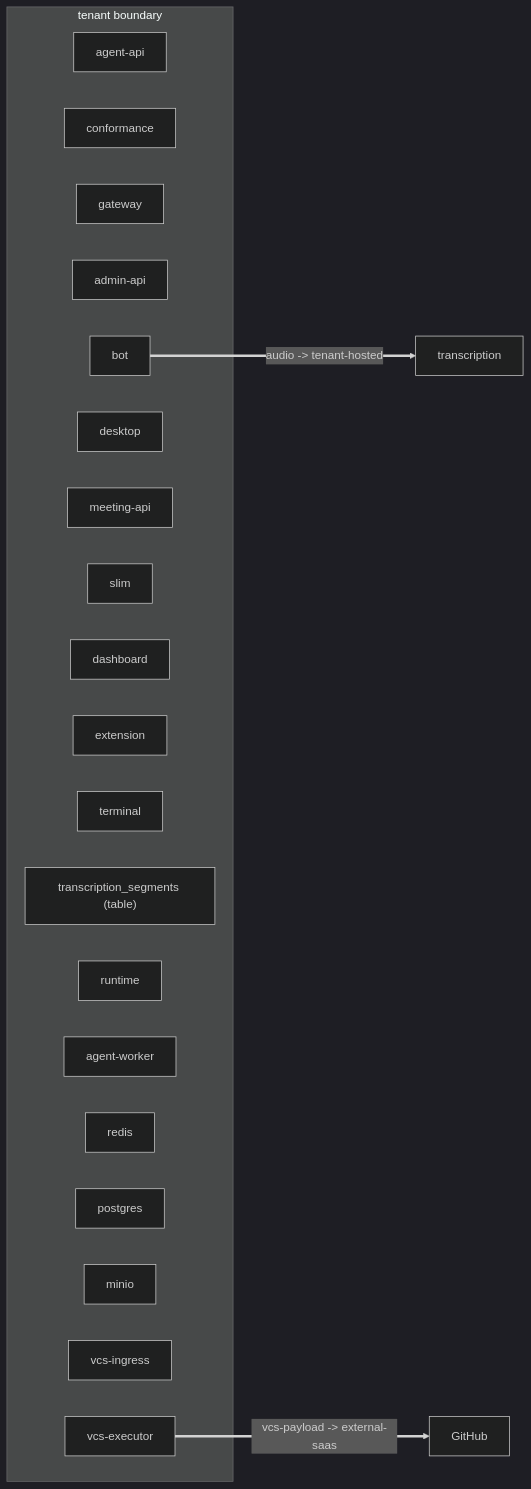
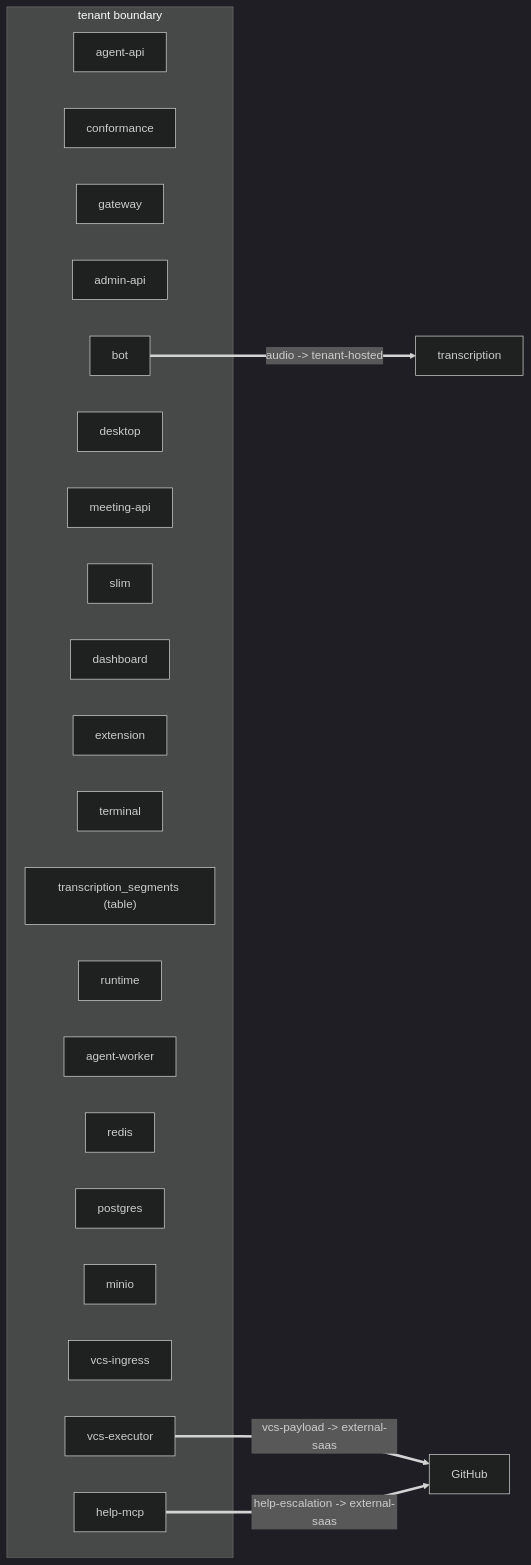
Before and after one commit to DmitriyG228/vexa: the diagram in docs/views/egress.mmd, drawn with Mermaid (dark theme). The commit also changed 36 other files, not shown here.

```diff
--- a/docs/views/egress.mmd
+++ b/docs/views/egress.mmd
@@ -1,27 +1,30 @@
 %% GENERATED — pnpm arch:dsl --write
 flowchart LR
   subgraph tenant["tenant boundary"]
     agent_api["agent-api"]
     conformance["conformance"]
     gateway["gateway"]
     admin_api["admin-api"]
     bot["bot"]
     desktop["desktop"]
     meeting_api["meeting-api"]
     slim["slim"]
     dashboard["dashboard"]
     extension["extension"]
     terminal["terminal"]
     segments_table["transcription_segments (table)"]
     runtime["runtime"]
     agent_worker["agent-worker"]
     redis["redis"]
     postgres["postgres"]
     minio["minio"]
     vcs_ingress["vcs-ingress"]
     vcs_executor["vcs-executor"]
+    help_mcp["help-mcp"]
   end
   transcription["transcription"]
   bot ==>|"audio -> tenant-hosted"| transcription
   github["GitHub"]
   vcs_executor ==>|"vcs-payload -> external-saas"| github
+  github["GitHub"]
+  help_mcp ==>|"help-escalation -> external-saas"| github
```
